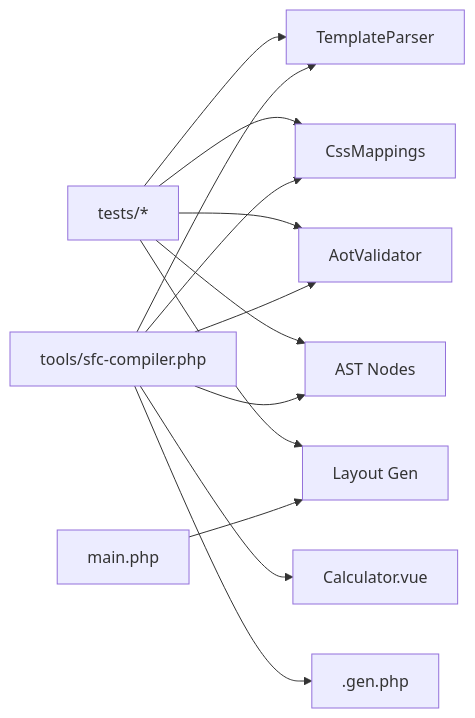
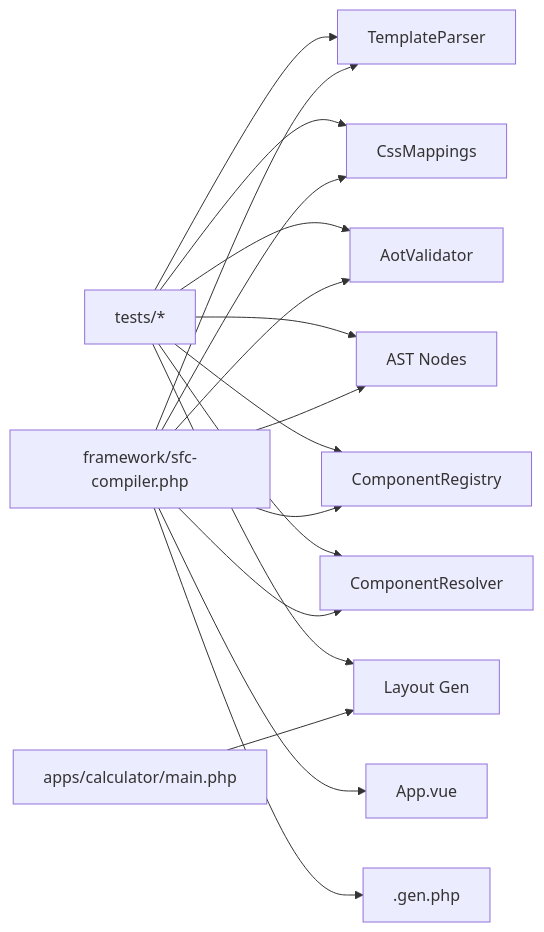
The tenth of 10 diagrams in .qoder/repowiki/zh/content/测试策略.md (xingye00186/PHP-Data-UI-Framework-powered-by-swooleAOT), drawn with Mermaid before and after one commit. The commit also changed other lines of this file and 7 other files, not shown here.

````diff
--- a/.qoder/repowiki/zh/content/测试策略.md
+++ b/.qoder/repowiki/zh/content/测试策略.md
@@ -404,15 +506,19 @@
 ```mermaid
 graph LR
 T["tests/*"] --> TP["TemplateParser"]
 T --> CM["CssMappings"]
 T --> AV["AotValidator"]
 T --> AN["AST Nodes"]
+T --> CR["ComponentRegistry"]
+T --> RES["ComponentResolver"]
 T --> LG["Layout Gen"]
-CLI["tools/sfc-compiler.php"] --> TP
+CLI["framework/sfc-compiler.php"] --> TP
 CLI --> CM
 CLI --> AV
 CLI --> AN
-CLI --> SRC["Calculator.vue"]
+CLI --> CR
+CLI --> RES
+CLI --> SRC["App.vue"]
 CLI --> GEN[".gen.php"]
-RUN["main.php"] --> LG
+RUN["apps/calculator/main.php"] --> LG
 ```
````
